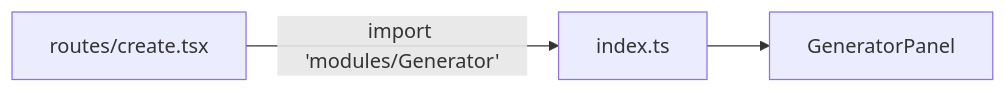
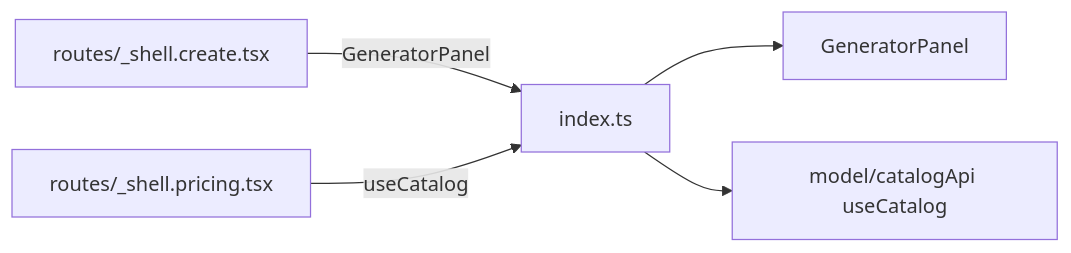
One commit to AzamatRaimbekov2/openCreate changed the diagram in apps/web/src/modules/Generator/index.ts.md. Above: the diagram before and after it, drawn with Mermaid. The commit also changed other lines of this file and 19 other files, not shown here.

Commit message:
feat(web): pricing page with per-model credit table

````diff
--- a/apps/web/src/modules/Generator/index.ts.md
+++ b/apps/web/src/modules/Generator/index.ts.md
@@ -24,4 +26,7 @@
 ```mermaid
 flowchart LR
-  R[routes/create.tsx] -->|import 'modules/Generator'| IDX[index.ts] --> GP[GeneratorPanel]
+  RC[routes/_shell.create.tsx] -->|GeneratorPanel| IDX[index.ts]
+  RP[routes/_shell.pricing.tsx] -->|useCatalog| IDX
+  IDX --> GP[GeneratorPanel]
+  IDX --> CQ[model/catalogApi useCatalog]
 ```
````
